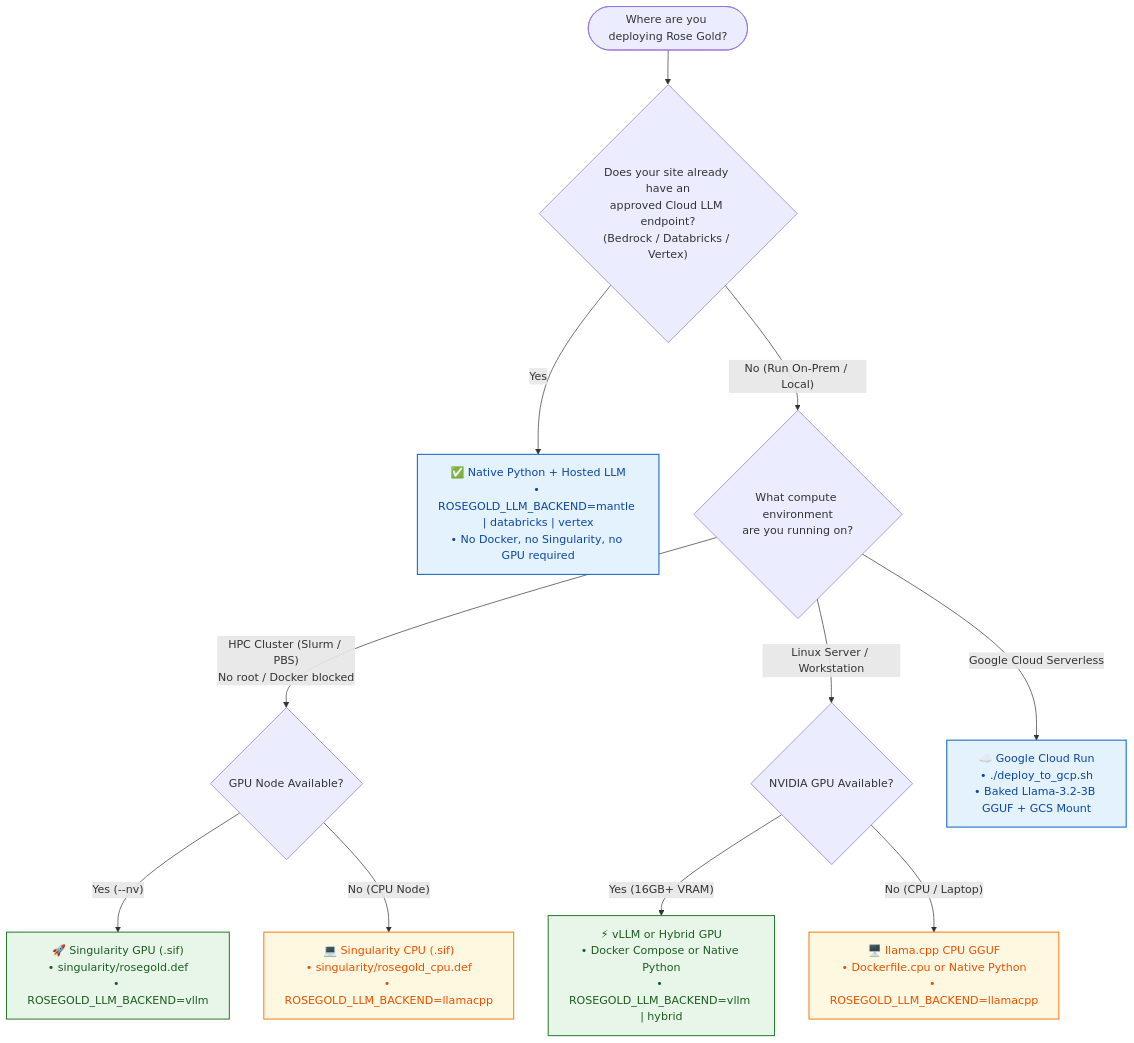
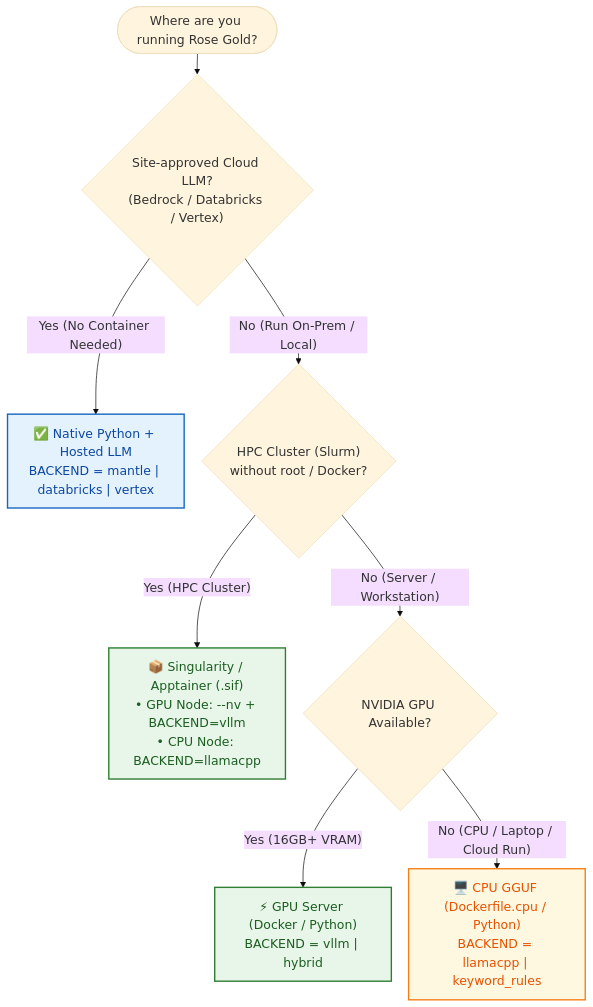
The second of 3 diagrams in README.md (x1jiang/rosegold), drawn with Mermaid before and after one commit. The commit also changed other lines of this file, not shown here.

Commit message:
docs(readme): use compact vertical Mermaid layouts and 18px fonts for readability

````diff
--- a/README.md
+++ b/README.md
@@ -150,26 +137,24 @@
 ```mermaid
+%%{init: {'theme': 'base', 'themeVariables': {'fontSize': '18px', 'fontFamily': 'arial'}, 'flowchart': {'nodeSpacing': 25, 'rankSpacing': 30, 'padding': 14}}}%%
 flowchart TD
-    Start(["Where are you deploying Rose Gold?"]) --> Q1{"Does your site already have an<br/>approved Cloud LLM endpoint?<br/>(Bedrock / Databricks / Vertex)"}
+    Start(["Where are you running Rose Gold?"]) --> Q1{"Site-approved Cloud LLM?<br/>(Bedrock / Databricks / Vertex)"}
 
-    Q1 -- "Yes" --> PathCloud["✅ Native Python + Hosted LLM<br/>• ROSEGOLD_LLM_BACKEND=mantle | databricks | vertex<br/>• No Docker, no Singularity, no GPU required"]
+    Q1 -- "Yes (No Container Needed)" --> PathCloud["✅ Native Python + Hosted LLM<br/>BACKEND = mantle | databricks | vertex"]
 
-    Q1 -- "No (Run On-Prem / Local)" --> Q2{"What compute environment<br/>are you running on?"}
+    Q1 -- "No (Run On-Prem / Local)" --> Q2{"HPC Cluster (Slurm)<br/>without root / Docker?"}
 
-    Q2 -- "HPC Cluster (Slurm / PBS)<br/>No root / Docker blocked" --> Q3{"GPU Node Available?"}
-    Q3 -- "Yes (--nv)" --> PathSingGPU["🚀 Singularity GPU (.sif)<br/>• singularity/rosegold.def<br/>• ROSEGOLD_LLM_BACKEND=vllm"]
-    Q3 -- "No (CPU Node)" --> PathSingCPU["💻 Singularity CPU (.sif)<br/>• singularity/rosegold_cpu.def<br/>• ROSEGOLD_LLM_BACKEND=llamacpp"]
+    Q2 -- "Yes (HPC Cluster)" --> PathHPC["📦 Singularity / Apptainer (.sif)<br/>• GPU Node: --nv + BACKEND=vllm<br/>• CPU Node: BACKEND=llamacpp"]
 
-    Q2 -- "Linux Server / Workstation" --> Q4{"NVIDIA GPU Available?"}
-    Q4 -- "Yes (16GB+ VRAM)" --> PathGPU["⚡ vLLM or Hybrid GPU<br/>• Docker Compose or Native Python<br/>• ROSEGOLD_LLM_BACKEND=vllm | hybrid"]
-    Q4 -- "No (CPU / Laptop)" --> PathCPU["🖥️ llama.cpp CPU GGUF<br/>• Dockerfile.cpu or Native Python<br/>• ROSEGOLD_LLM_BACKEND=llamacpp"]
+    Q2 -- "No (Server / Workstation)" --> Q3{"NVIDIA GPU Available?"}
 
-    Q2 -- "Google Cloud Serverless" --> PathCR["☁️ Google Cloud Run<br/>• ./deploy_to_gcp.sh<br/>• Baked Llama-3.2-3B GGUF + GCS Mount"]
+    Q3 -- "Yes (16GB+ VRAM)" --> PathGPU["⚡ GPU Server (Docker / Python)<br/>BACKEND = vllm | hybrid"]
+    Q3 -- "No (CPU / Laptop / Cloud Run)" --> PathCPU["🖥️ CPU GGUF (Dockerfile.cpu / Python)<br/>BACKEND = llamacpp | keyword_rules"]
 
-    classDef cloud fill:#e3f2fd,stroke:#1565c0,color:#0d47a1,stroke-width:1.5px;
-    classDef gpu fill:#e8f5e9,stroke:#2e7d32,color:#1b5e20,stroke-width:1.5px;
-    classDef cpu fill:#fff8e1,stroke:#f57f17,color:#e65100,stroke-width:1.5px;
+    classDef cloud fill:#e3f2fd,stroke:#1565c0,color:#0d47a1,stroke-width:2px;
+    classDef gpu fill:#e8f5e9,stroke:#2e7d32,color:#1b5e20,stroke-width:2px;
+    classDef cpu fill:#fff8e1,stroke:#f57f17,color:#e65100,stroke-width:2px;
 
-    class PathCloud,PathCR cloud;
-    class PathSingGPU,PathGPU gpu;
-    class PathSingCPU,PathCPU cpu;
+    class PathCloud cloud;
+    class PathHPC,PathGPU gpu;
+    class PathCPU cpu;
 ```
````
